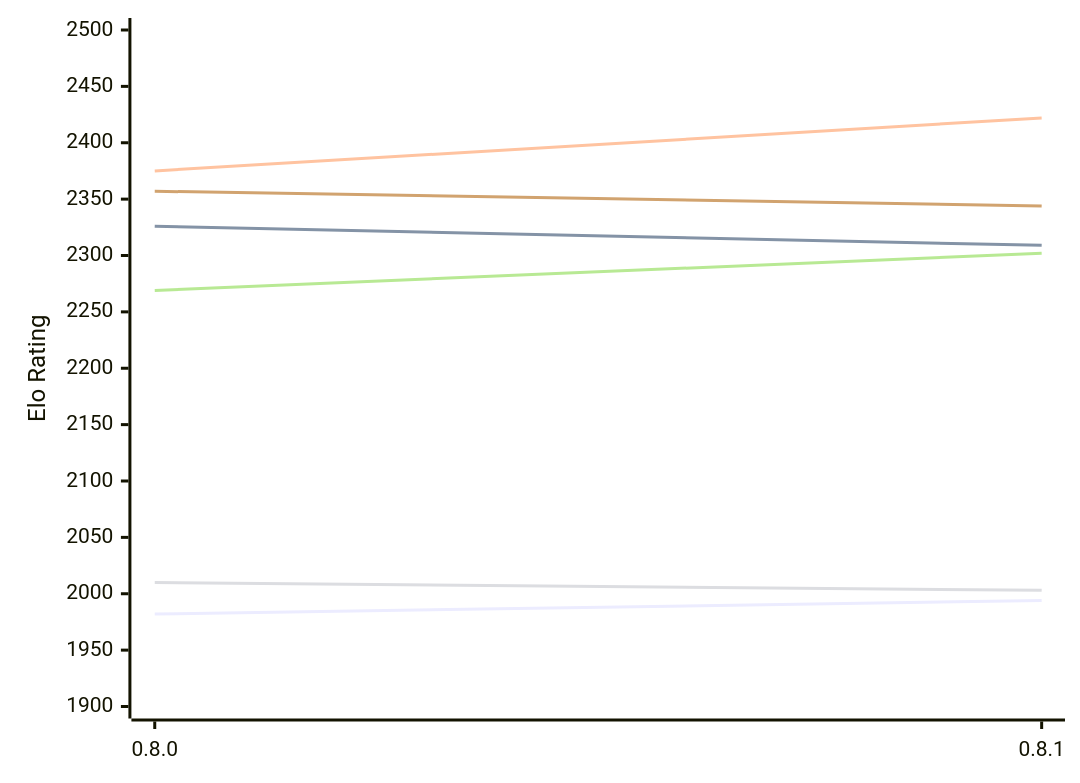
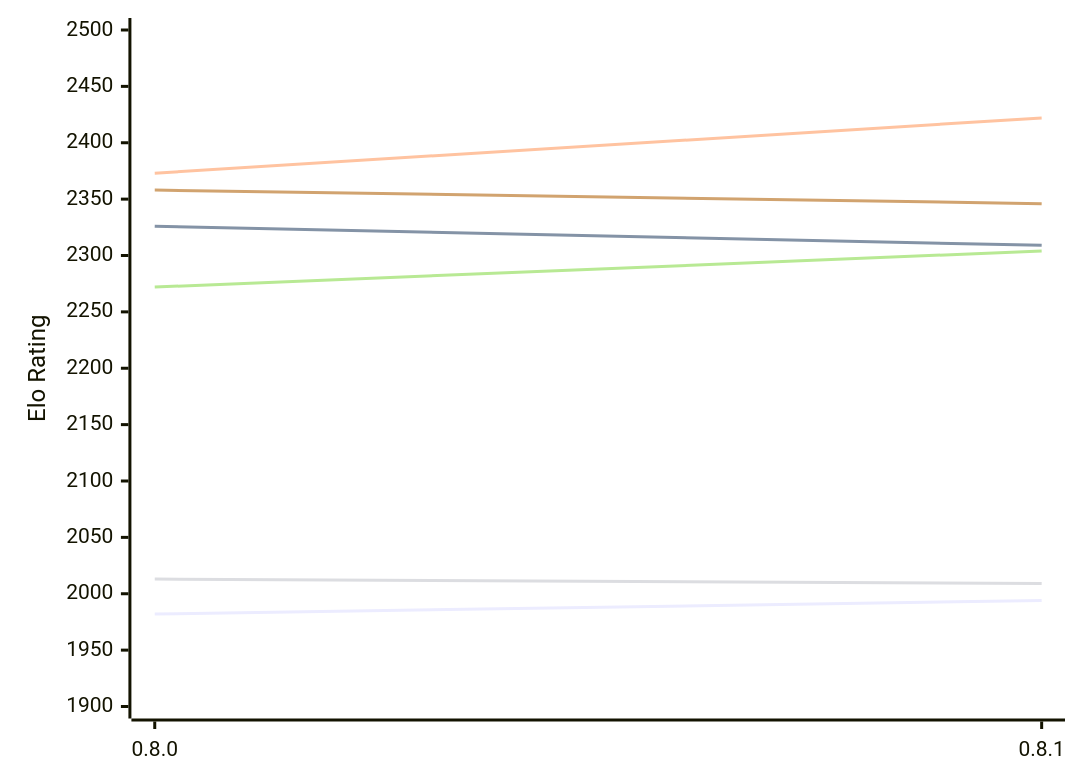
Before and after one commit to computer-chess-index/cci: the diagram in engines/LittleWing.md, drawn with Mermaid. The commit also changed other lines of this file, not shown here.

Commit message:
Update CCI Ratings (ELO VLTC) - 2026-11-28

````diff
--- a/engines/LittleWing.md
+++ b/engines/LittleWing.md
@@ -49,12 +49,12 @@
 ```mermaid
 %%{init: {"theme":"base","themeVariables":{"seriesColors:['#a3a3a3','#222221','#faa371']}}}%%
 xychart-beta
   x-axis ["0.8.0", "0.8.1"]
   y-axis "Elo Rating" 1900 --> 2500
   line "E1: STC (8.0+0.08s)" [1982, 1994]
   line "E1: LTC (60.0+0.60s)" [2326, 2309]
-  line "E1: VLTC (2m24s+1.12s)" [2375, 2422]
-  line "P1: STC (8.0+0.08s)" [2010, 2003]
-  line "P1: LTC (60.0+0.60s)" [2269, 2302]
-  line "P1: VLTC (2m24s+1.12s)" [2357, 2344]
+  line "E1: VLTC (2m24s+1.12s)" [2373, 2422]
+  line "P1: STC (8.0+0.08s)" [2013, 2009]
+  line "P1: LTC (60.0+0.60s)" [2272, 2304]
+  line "P1: VLTC (2m24s+1.12s)" [2358, 2346]
 ```
````
